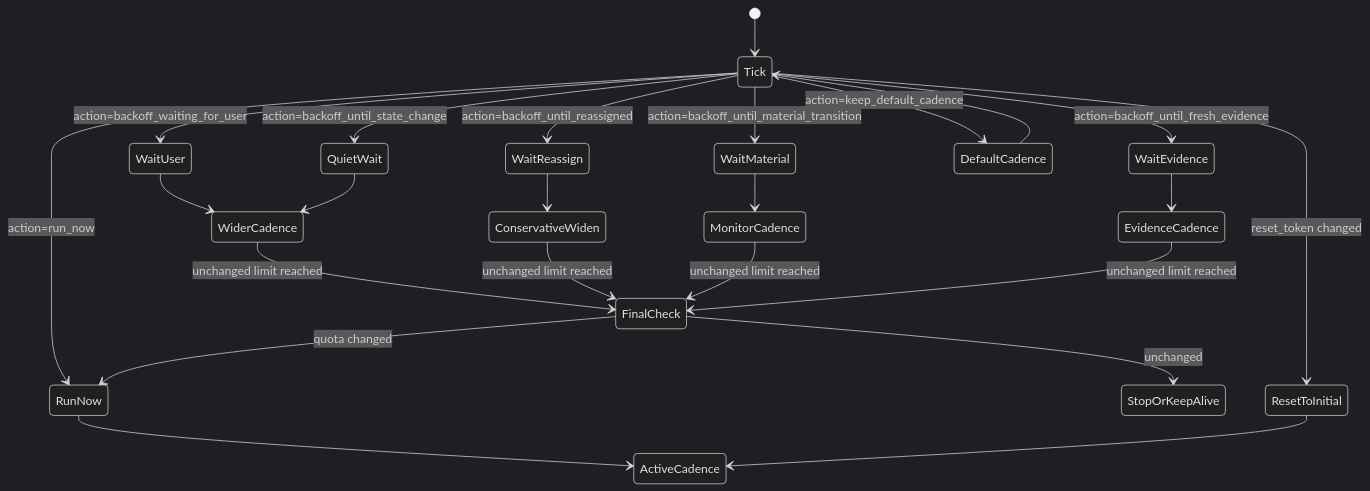
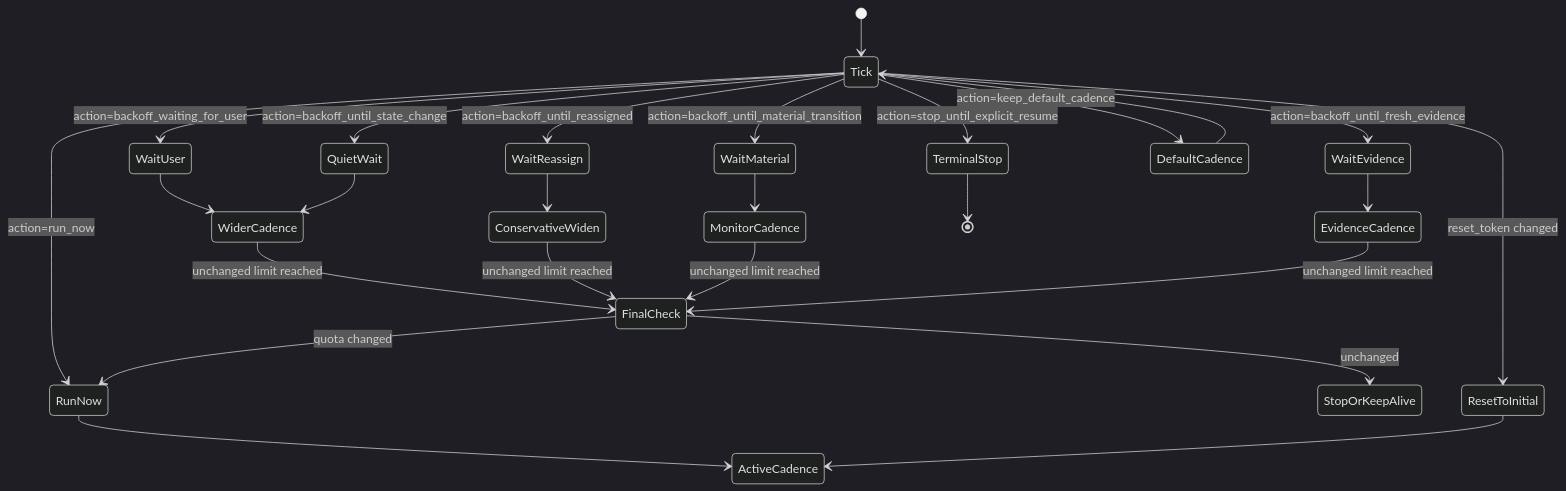
One commit to huangruiteng/goal-harness changed the seventh of 10 diagrams in docs/product/core-control-plane/state-machine.md. Above: the diagram before and after it, drawn with Mermaid (dark theme). The commit also changed other lines of this file and 13 other files, not shown here.

First line of the commit message:
Stop terminal no-followup quota retriggers (#2136)

````diff
--- a/docs/product/core-control-plane/state-machine.md
+++ b/docs/product/core-control-plane/state-machine.md
@@ -276,29 +276,31 @@
 ```mermaid
 stateDiagram-v2
   [*] --> Tick
   Tick --> RunNow: action=run_now
   Tick --> WaitUser: action=backoff_waiting_for_user
   Tick --> WaitReassign: action=backoff_until_reassigned
   Tick --> WaitMaterial: action=backoff_until_material_transition
   Tick --> WaitEvidence: action=backoff_until_fresh_evidence
   Tick --> QuietWait: action=backoff_until_state_change
+  Tick --> TerminalStop: action=stop_until_explicit_resume
   Tick --> DefaultCadence: action=keep_default_cadence
 
   RunNow --> ActiveCadence
   WaitUser --> WiderCadence
   WaitReassign --> ConservativeWiden
   WaitMaterial --> MonitorCadence
   WaitEvidence --> EvidenceCadence
   QuietWait --> WiderCadence
+  TerminalStop --> [*]
   DefaultCadence --> Tick
 
   WiderCadence --> FinalCheck: unchanged limit reached
   ConservativeWiden --> FinalCheck: unchanged limit reached
   MonitorCadence --> FinalCheck: unchanged limit reached
   EvidenceCadence --> FinalCheck: unchanged limit reached
   FinalCheck --> RunNow: quota changed
   FinalCheck --> StopOrKeepAlive: unchanged
 
   Tick --> ResetToInitial: reset_token changed
   ResetToInitial --> ActiveCadence
 ```
````
